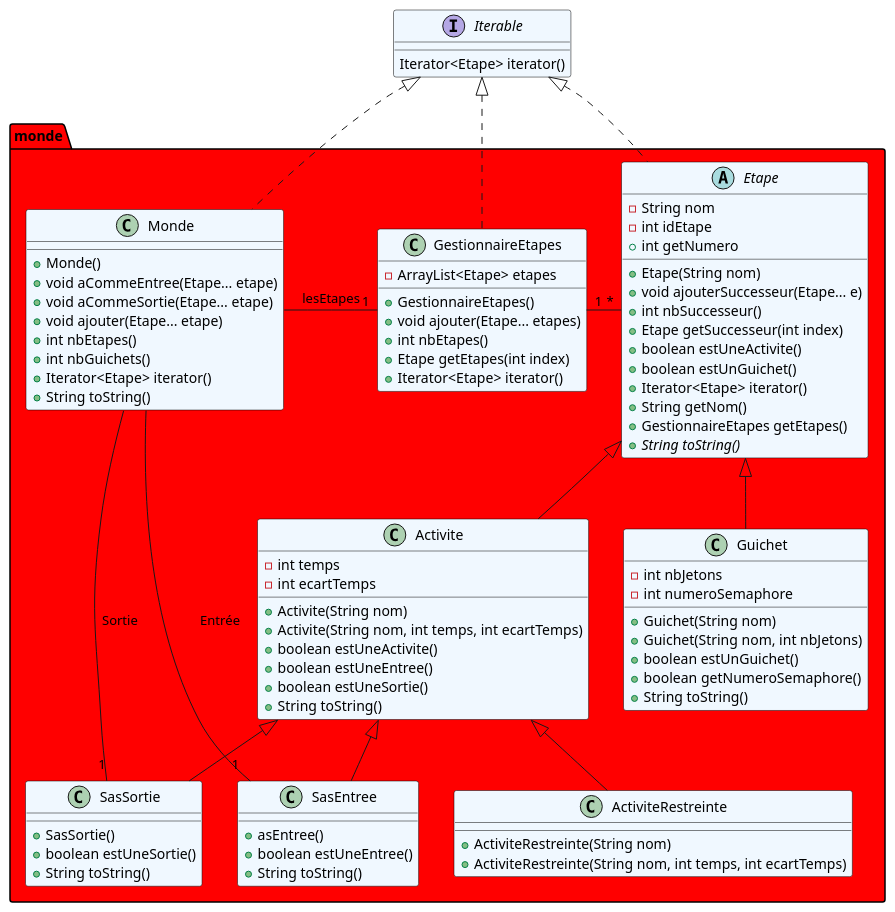
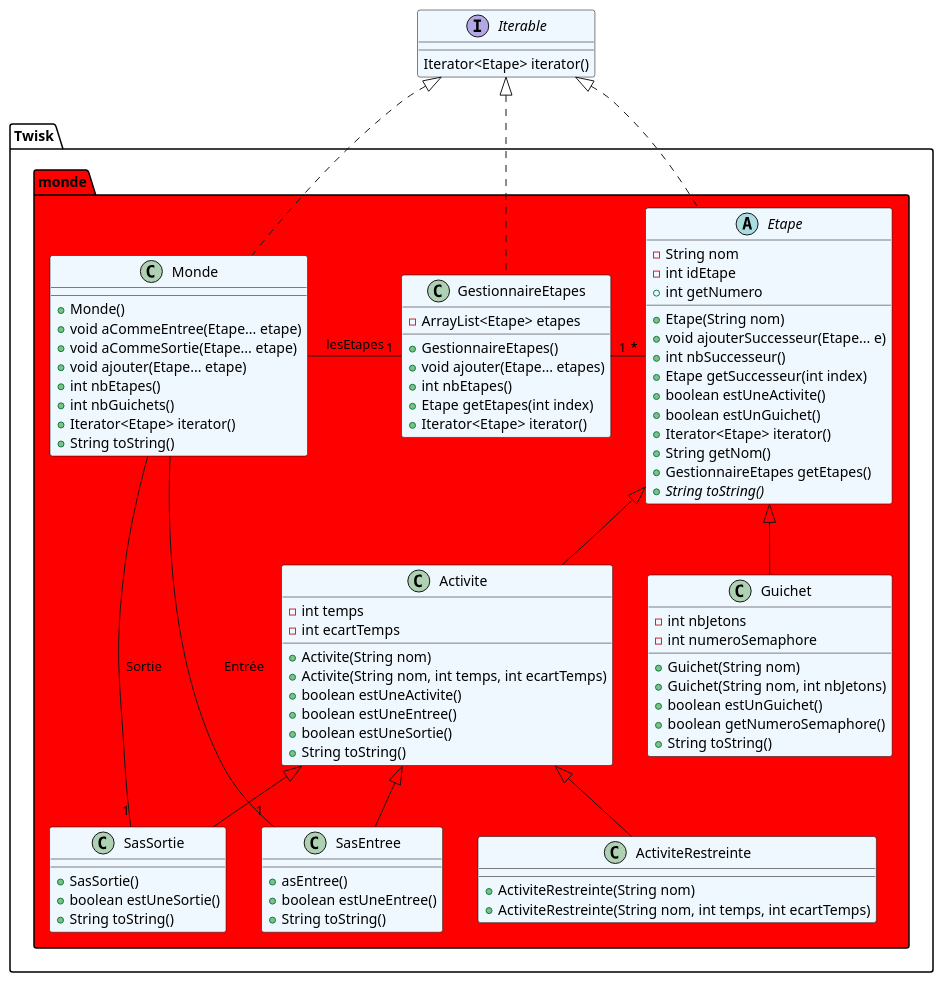
The diagram in diagrammes/Diagramme Monde.puml (NicolasRes/Twisk), drawn with PlantUML before and after one commit.

Commit message:
Ajout package Twisk

```diff
--- a/diagrammes/Diagramme Monde.puml
+++ b/diagrammes/Diagramme Monde.puml
@@ -1,109 +1,113 @@
 @startuml
 'https://plantuml.com/class-diagram
 
 interface Iterable {
     Iterator<Etape> iterator()
 }
 
-package "monde" #red {
+package "Twisk" {
 
-'Liens entre les classes
-Iterable <|.. Monde
-Iterable <|.. GestionnaireEtapes
-Iterable <|.. Etape
+    package "monde" #red {
 
-Monde -right-"1" "GestionnaireEtapes" : lesEtapes
-Monde --"1" "SasEntree" : Entrée
-Monde --"1" "SasSortie" : Sortie
+    'Liens entre les classes
+    Iterable <|.. Monde
+    Iterable <|.. GestionnaireEtapes
+    Iterable <|.. Etape
 
-Etape "*"-left-"1" GestionnaireEtapes
-Etape <|-- Activite
-Etape <|-- Guichet
+    Monde -right-"1" "GestionnaireEtapes" : lesEtapes
+    Monde --"1" "SasEntree" : Entrée
+    Monde --"1" "SasSortie" : Sortie
 
-Activite <|-- SasEntree
-Activite <|-- SasSortie
-Activite <|-- ActiviteRestreinte
+    Etape "*"-left-"1" GestionnaireEtapes
+    Etape <|-- Activite
+    Etape <|-- Guichet
 
-'Définition des classes
+    Activite <|-- SasEntree
+    Activite <|-- SasSortie
+    Activite <|-- ActiviteRestreinte
 
-class Activite {
-    - int temps
-    - int ecartTemps
-    + Activite(String nom)
-    + Activite(String nom, int temps, int ecartTemps)
+    'Définition des classes
+
+    class Activite {
+        - int temps
+        - int ecartTemps
+        + Activite(String nom)
+        + Activite(String nom, int temps, int ecartTemps)
+        + boolean estUneActivite()
+        + boolean estUneEntree()
+        + boolean estUneSortie()
+        + String toString()
+    }
+
+    class ActiviteRestreinte {
+    + ActiviteRestreinte(String nom)
+    + ActiviteRestreinte(String nom, int temps, int ecartTemps)
+    }
+
+    abstract class Etape {
+    - String nom
+    - int idEtape
+    + Etape(String nom)
+    + int getNumero
+    + void ajouterSuccesseur(Etape... e)
+    + int nbSuccesseur()
+    + Etape getSuccesseur(int index)
     + boolean estUneActivite()
+    + boolean estUnGuichet()
+    + Iterator<Etape> iterator()
+    + String getNom()
+    + GestionnaireEtapes getEtapes()
+    + {abstract} String toString()
+    }
+
+    class GestionnaireEtapes {
+    - ArrayList<Etape> etapes
+    + GestionnaireEtapes()
+    + void ajouter(Etape... etapes)
+    + int nbEtapes()
+    + Etape getEtapes(int index)
+    + Iterator<Etape> iterator()
+    }
+
+    class Guichet {
+    - int nbJetons
+    - int numeroSemaphore
+    + Guichet(String nom)
+    + Guichet(String nom, int nbJetons)
+    + boolean estUnGuichet()
+    + boolean getNumeroSemaphore()
+    + String toString()
+    }
+
+    class Monde {
+    + Monde()
+    + void aCommeEntree(Etape... etape)
+    + void aCommeSortie(Etape... etape)
+    + void ajouter(Etape... etape)
+    + int nbEtapes()
+    + int nbGuichets()
+    + Iterator<Etape> iterator()
+    + String toString()
+    }
+
+    class SasEntree {
+    + asEntree()
     + boolean estUneEntree()
+    + String toString()
+    }
+
+    class SasSortie {
+    + SasSortie()
     + boolean estUneSortie()
     + String toString()
-}
+    }
+    }
 
-class ActiviteRestreinte {
-+ ActiviteRestreinte(String nom)
-+ ActiviteRestreinte(String nom, int temps, int ecartTemps)
-}
+    skinparam class {
+        BackgroundColor aliceblue
+        BorderColor black
+    }
 
-abstract class Etape {
-- String nom
-- int idEtape
-+ Etape(String nom)
-+ int getNumero
-+ void ajouterSuccesseur(Etape... e)
-+ int nbSuccesseur()
-+ Etape getSuccesseur(int index)
-+ boolean estUneActivite()
-+ boolean estUnGuichet()
-+ Iterator<Etape> iterator()
-+ String getNom()
-+ GestionnaireEtapes getEtapes()
-+ {abstract} String toString()
-}
-
-class GestionnaireEtapes {
-- ArrayList<Etape> etapes
-+ GestionnaireEtapes()
-+ void ajouter(Etape... etapes)
-+ int nbEtapes()
-+ Etape getEtapes(int index)
-+ Iterator<Etape> iterator()
-}
-
-class Guichet {
-- int nbJetons
-- int numeroSemaphore
-+ Guichet(String nom)
-+ Guichet(String nom, int nbJetons)
-+ boolean estUnGuichet()
-+ boolean getNumeroSemaphore()
-+ String toString()
-}
-
-class Monde {
-+ Monde()
-+ void aCommeEntree(Etape... etape)
-+ void aCommeSortie(Etape... etape)
-+ void ajouter(Etape... etape)
-+ int nbEtapes()
-+ int nbGuichets()
-+ Iterator<Etape> iterator()
-+ String toString()
-}
-
-class SasEntree {
-+ asEntree()
-+ boolean estUneEntree()
-+ String toString()
-}
-
-class SasSortie {
-+ SasSortie()
-+ boolean estUneSortie()
-+ String toString()
-}
-}
-
-skinparam class {
-    BackgroundColor aliceblue
-    BorderColor black
 }
 
 @enduml
```
